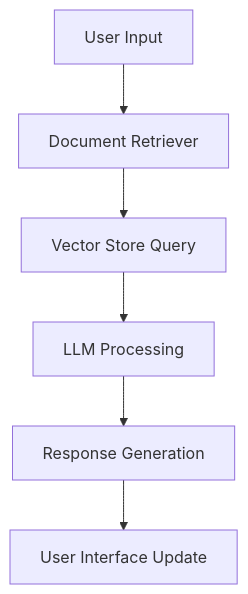
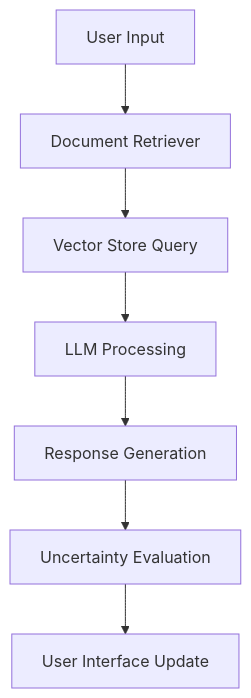
One commit to THE-DEEPDAS/Medical-RAG-LLM changed the diagram in README.md. Above: the diagram before and after it, drawn with Mermaid. The commit also changed other lines of this file and 6 other files, not shown here.

````diff
--- a/README.md
+++ b/README.md
@@ -40,8 +42,9 @@
 ```mermaid
 graph TD
     A[User Input] --> B[Document Retriever]
     B --> C[Vector Store Query]
     C --> D[LLM Processing]
     D --> E[Response Generation]
-    E --> F[User Interface Update]
+    E --> F[Uncertainty Evaluation]
+    F --> G[User Interface Update]
 ```
````
